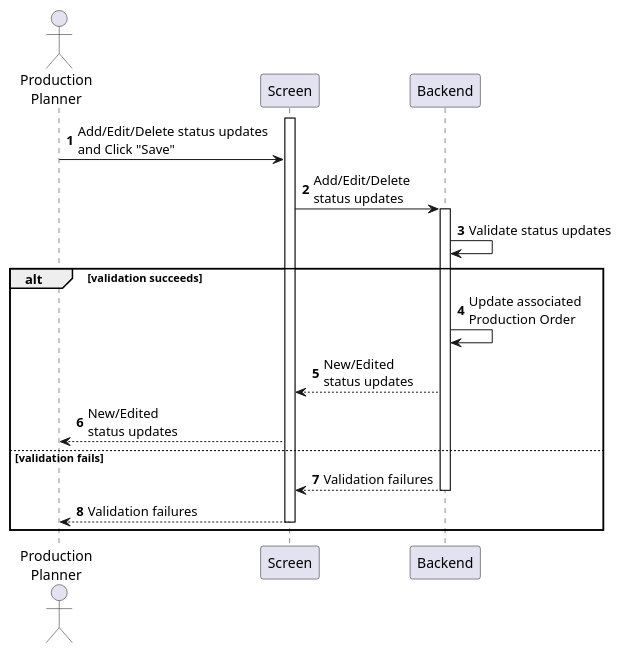
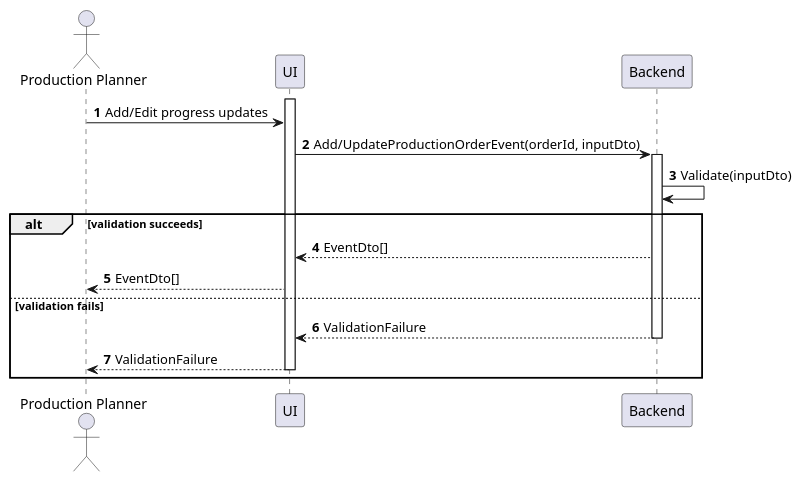
One commit to phihungha/scmss-reqs changed the diagram in sequences/production-order-update-progress.plantuml. Above: the diagram before and after it, drawn with PlantUML. The commit also changed 9 other files, not shown here.

Commit message:
Add production sequences

```diff
--- a/sequences/production-order-update-progress.plantuml
+++ b/sequences/production-order-update-progress.plantuml
@@ -1,23 +1,22 @@
 @startuml production-order-update-progress
 autonumber
 
-actor "Production\nPlanner" as a
-participant Screen as f
+actor "Production Planner" as a
+participant UI as f
 participant Backend as b
 
 activate f
-a -> f : Add/Edit/Delete status updates\nand Click "Save"
-f -> b : Add/Edit/Delete\nstatus updates
+a -> f : Add/Edit progress updates
+f -> b : Add/UpdateProductionOrderEvent(orderId, inputDto)
 activate b
-b -> b : Validate status updates
+b -> b : Validate(inputDto)
 
 alt validation succeeds
-    b -> b : Update associated\nProduction Order
-    b --> f : New/Edited\nstatus updates
-    f --> a : New/Edited\nstatus updates
+    b --> f : EventDto[]
+    f --> a : EventDto[]
 else validation fails
-    return Validation failures
-    f --> a : Validation failures
+    return ValidationFailure
+    f --> a : ValidationFailure
     deactivate f
 end
 @enduml
```
